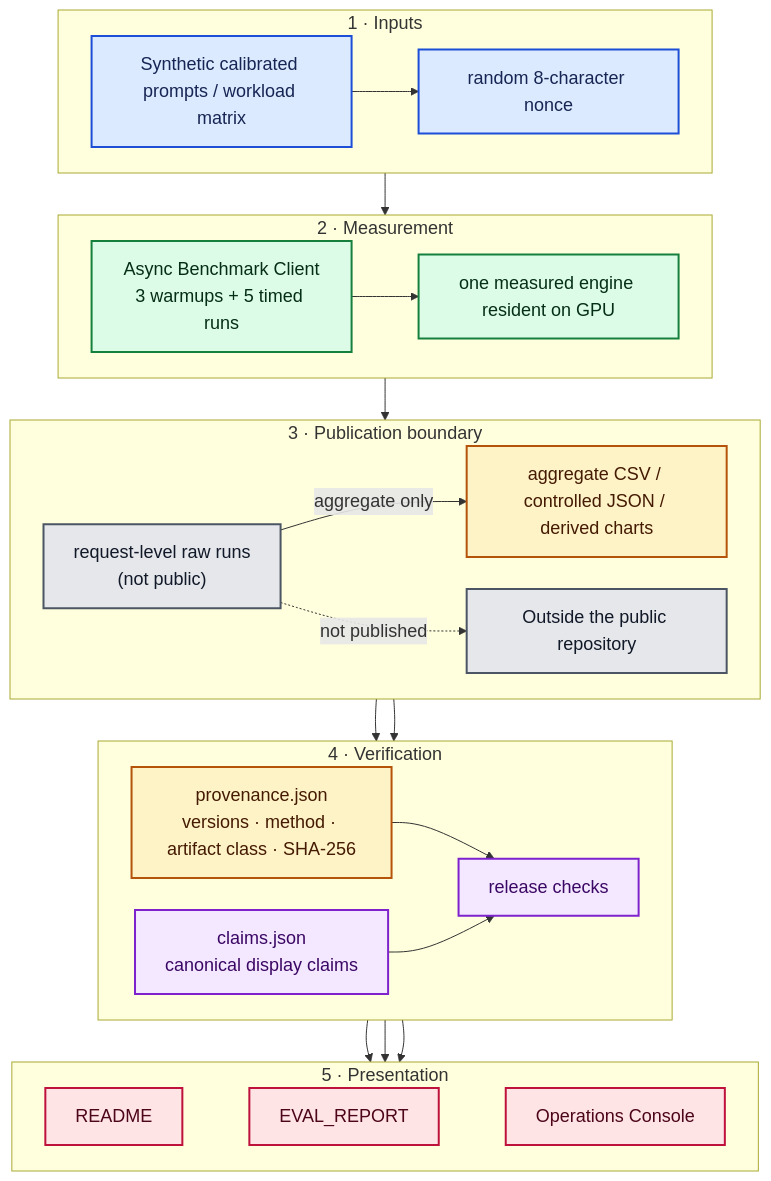
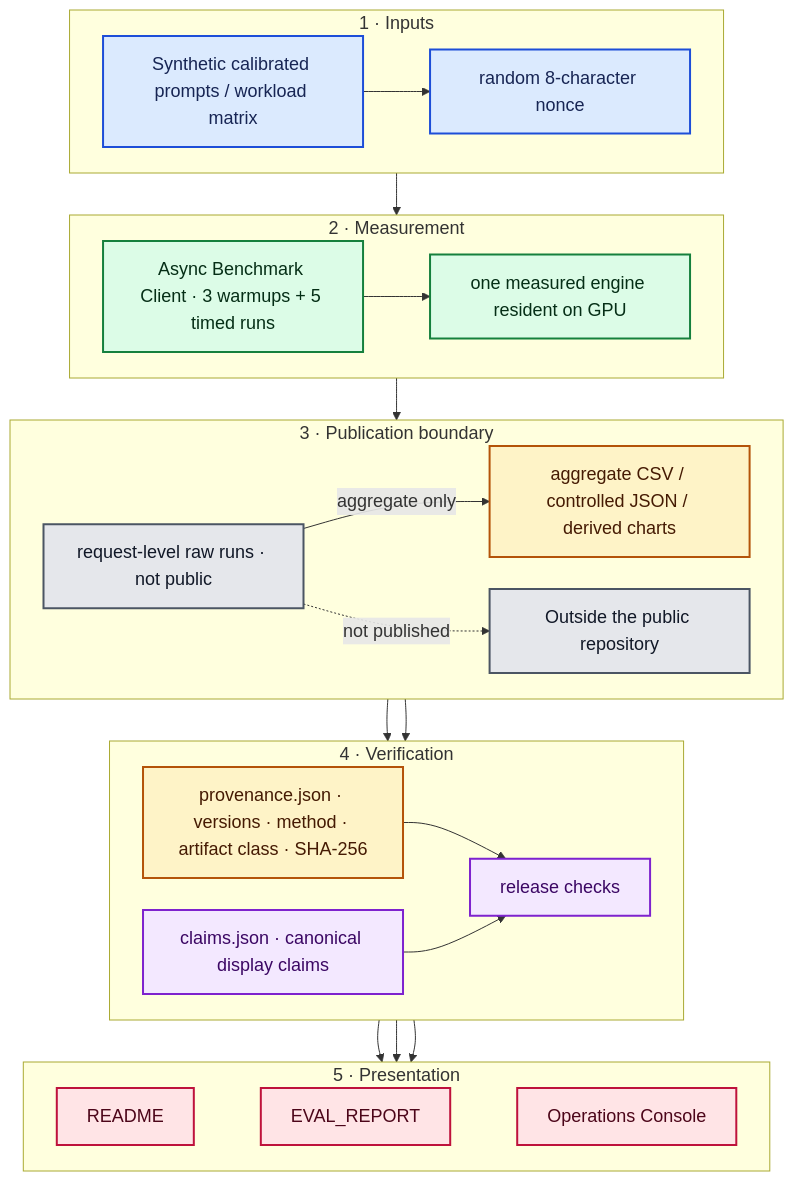
Before and after one commit to kuotunyu/local-inference-bench-gateway: the third of 3 diagrams in README.md, drawn with Mermaid. The commit also changed other lines of this file and 1 other file, not shown here.

Commit message:
docs: harden GitHub Mermaid labels

````diff
--- a/README.md
+++ b/README.md
@@ -115,64 +115,64 @@
 ```mermaid
 %%{init: {"themeVariables": {"fontSize": "18px"}, "flowchart": {"nodeSpacing": 32, "rankSpacing": 42}}}%%
 flowchart TB
     subgraph Inputs["1 · Inputs"]
         direction LR
         Workload["Synthetic calibrated prompts / workload matrix"]
         Nonce["random 8-character nonce"]
         Workload --> Nonce
     end
 
     subgraph Measurement["2 · Measurement"]
         direction LR
-        Client["Async Benchmark Client<br/>3 warmups + 5 timed runs"]
+        Client["Async Benchmark Client · 3 warmups + 5 timed runs"]
         Resident["one measured engine resident on GPU"]
         Client --> Resident
     end
 
     subgraph Boundary["3 · Publication boundary"]
         direction LR
-        Raw["request-level raw runs<br/>(not public)"]
+        Raw["request-level raw runs · not public"]
         Aggregate["aggregate CSV / controlled JSON / derived charts"]
         Private["Outside the public repository"]
         Raw -->|"aggregate only"| Aggregate
         Raw -. not published .-> Private
     end
 
     subgraph Verification["4 · Verification"]
         direction LR
-        Provenance["provenance.json<br/>versions · method · artifact class · SHA-256"]
-        Claims["claims.json<br/>canonical display claims"]
+        Provenance["provenance.json · versions · method · artifact class · SHA-256"]
+        Claims["claims.json · canonical display claims"]
         Checks["release checks"]
         Provenance --> Checks
         Claims --> Checks
     end
 
     subgraph Presentation["5 · Presentation"]
         direction LR
         Readme["README"]
         Eval["EVAL_REPORT"]
         Console["Operations Console"]
         Readme ~~~ Eval ~~~ Console
     end
 
     Nonce --> Client
     Resident --> Raw
     Aggregate --> Provenance
     Aggregate --> Claims
     Checks --> Readme
     Checks --> Eval
     Checks --> Console
 
     classDef input fill:#DBEAFE,stroke:#1D4ED8,stroke-width:2px,color:#172554;
     classDef measurement fill:#DCFCE7,stroke:#15803D,stroke-width:2px,color:#052E16;
     classDef artifact fill:#FEF3C7,stroke:#B45309,stroke-width:2px,color:#451A03;
     classDef verification fill:#F3E8FF,stroke:#7E22CE,stroke-width:2px,color:#3B0764;
     classDef presentation fill:#FFE4E6,stroke:#BE123C,stroke-width:2px,color:#4C0519;
     classDef unpublished fill:#E5E7EB,stroke:#4B5563,stroke-width:2px,color:#111827;
     class Workload,Nonce input;
     class Client,Resident measurement;
     class Raw,Private unpublished;
     class Aggregate,Provenance artifact;
     class Claims,Checks verification;
     class Readme,Eval,Console presentation;
 ```
````
